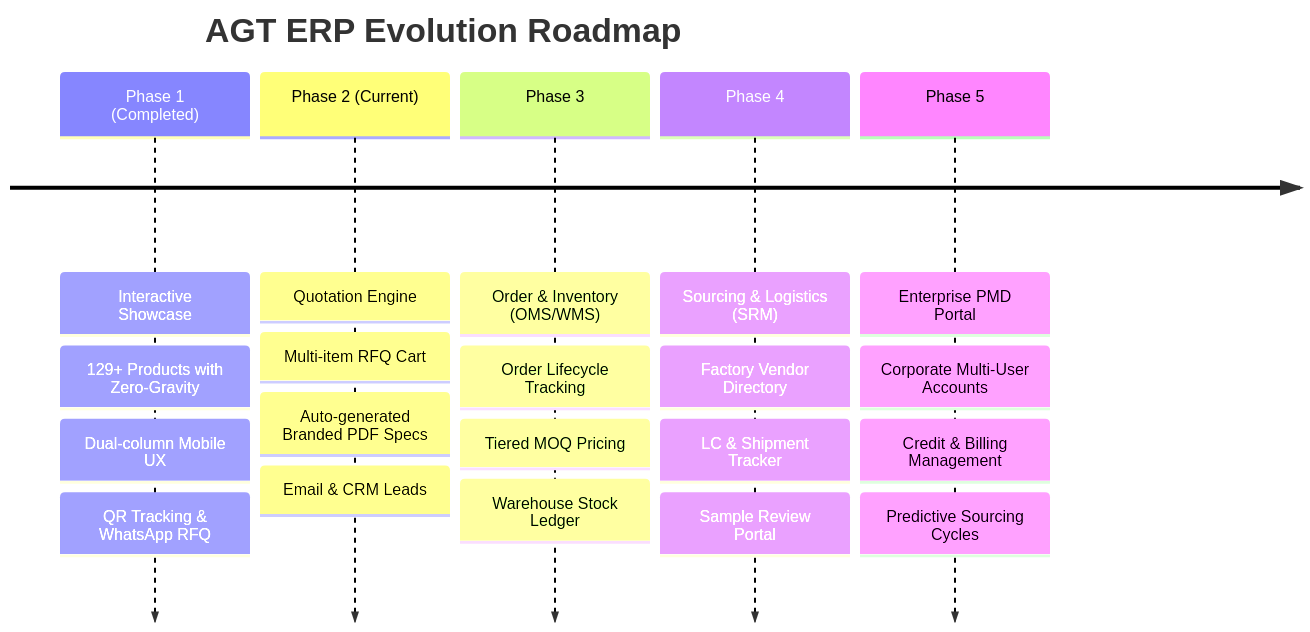
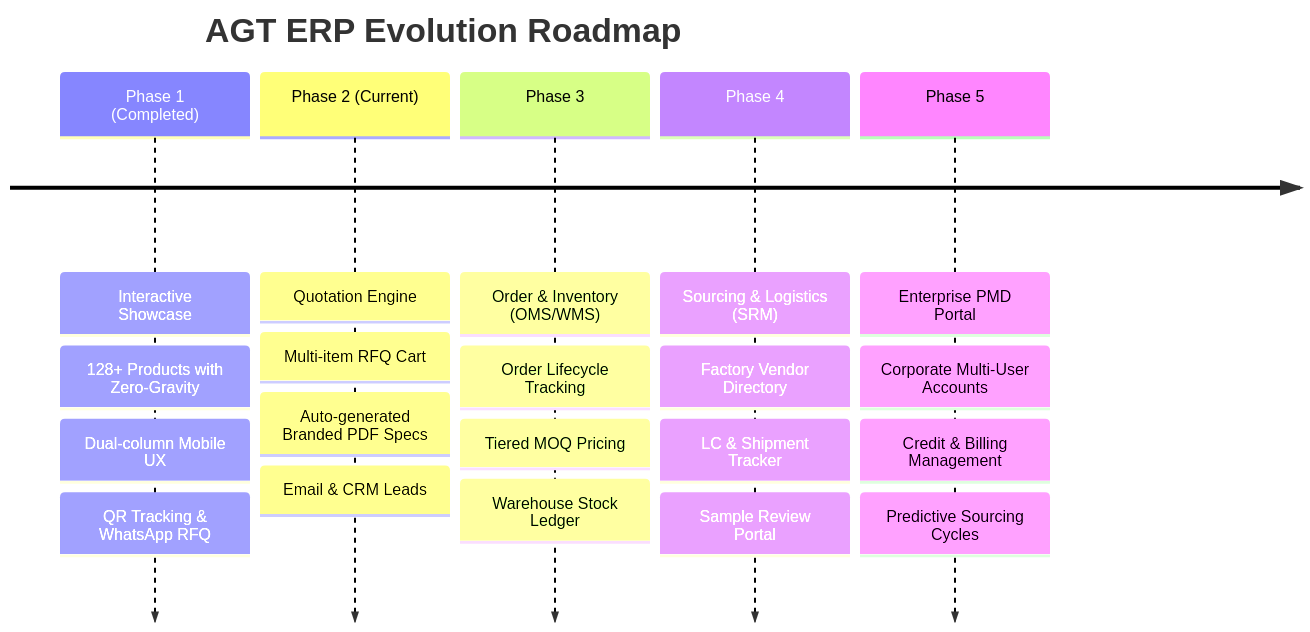
One commit to TalhaTamim45/agt-platform changed the second of 2 diagrams in PROJECT.md. Above: the diagram before and after it, drawn with Mermaid. The commit also changed other lines of this file and 2 other files, not shown here.

````diff
--- a/PROJECT.md
+++ b/PROJECT.md
@@ -83,9 +83,9 @@
 ```mermaid
 timeline
     title AGT ERP Evolution Roadmap
-    Phase 1 (Completed) : Interactive Showcase : 129+ Products with Zero-Gravity : Dual-column Mobile UX : QR Tracking & WhatsApp RFQ
+    Phase 1 (Completed) : Interactive Showcase : 128+ Products with Zero-Gravity : Dual-column Mobile UX : QR Tracking & WhatsApp RFQ
     Phase 2 (Current) : Quotation Engine : Multi-item RFQ Cart : Auto-generated Branded PDF Specs : Email & CRM Leads
     Phase 3 : Order & Inventory (OMS/WMS) : Order Lifecycle Tracking : Tiered MOQ Pricing : Warehouse Stock Ledger
     Phase 4 : Sourcing & Logistics (SRM) : Factory Vendor Directory : LC & Shipment Tracker : Sample Review Portal
     Phase 5 : Enterprise PMD Portal : Corporate Multi-User Accounts : Credit & Billing Management : Predictive Sourcing Cycles
 ```
````
